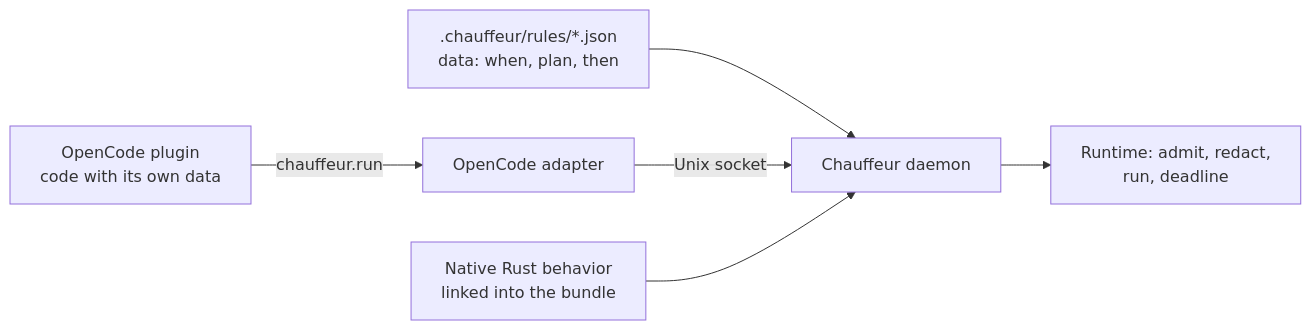
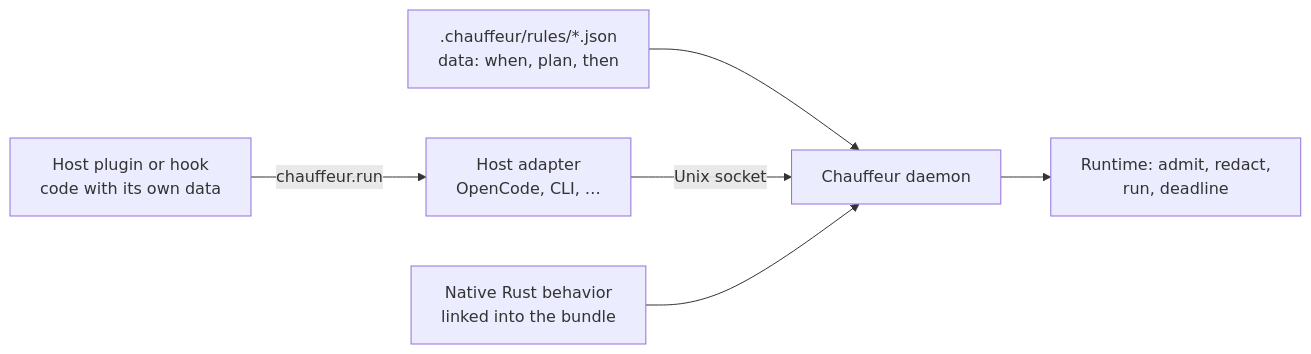
One commit to StevenJPx2/chauffeur changed the fourth of 5 diagrams in docs/plans/pluggability.md. Above: the diagram before and after it, drawn with Mermaid. The commit also changed other lines of this file and 1 other file, not shown here.

First line of the commit message:
docs(plans): chauffeur.run is host-neutral, with one binding per adapter

````diff
--- a/docs/plans/pluggability.md
+++ b/docs/plans/pluggability.md
@@ -119,8 +120,8 @@
 ```mermaid
 flowchart LR
     Rules[".chauffeur/rules/*.json<br/>data: when, plan, then"] --> Daemon
-    Plugin["OpenCode plugin<br/>code with its own data"] -- "chauffeur.run" --> Adapter["OpenCode adapter"]
+    Plugin["Host plugin or hook<br/>code with its own data"] -- "chauffeur.run" --> Adapter["Host adapter<br/>OpenCode, CLI, …"]
     Adapter -- "Unix socket" --> Daemon["Chauffeur daemon"]
     Native["Native Rust behavior<br/>linked into the bundle"] --> Daemon
     Daemon --> Runtime["Runtime: admit, redact,<br/>run, deadline"]
 ```
````
